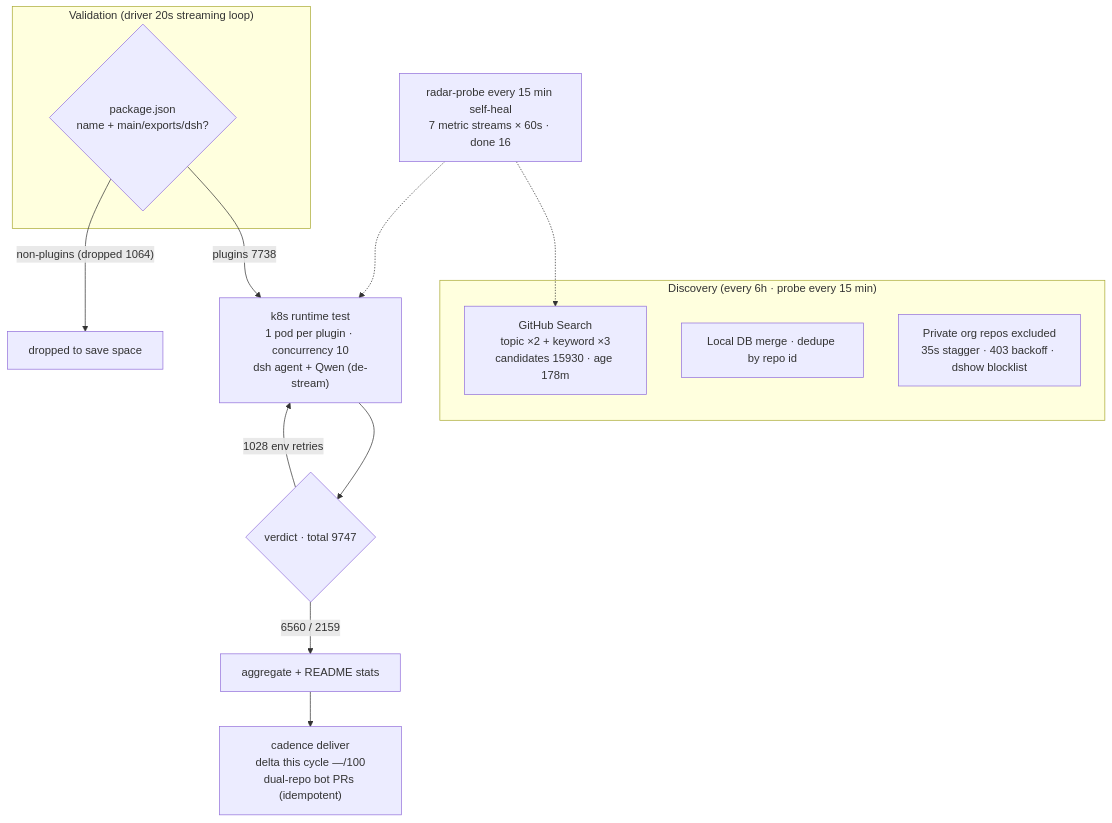
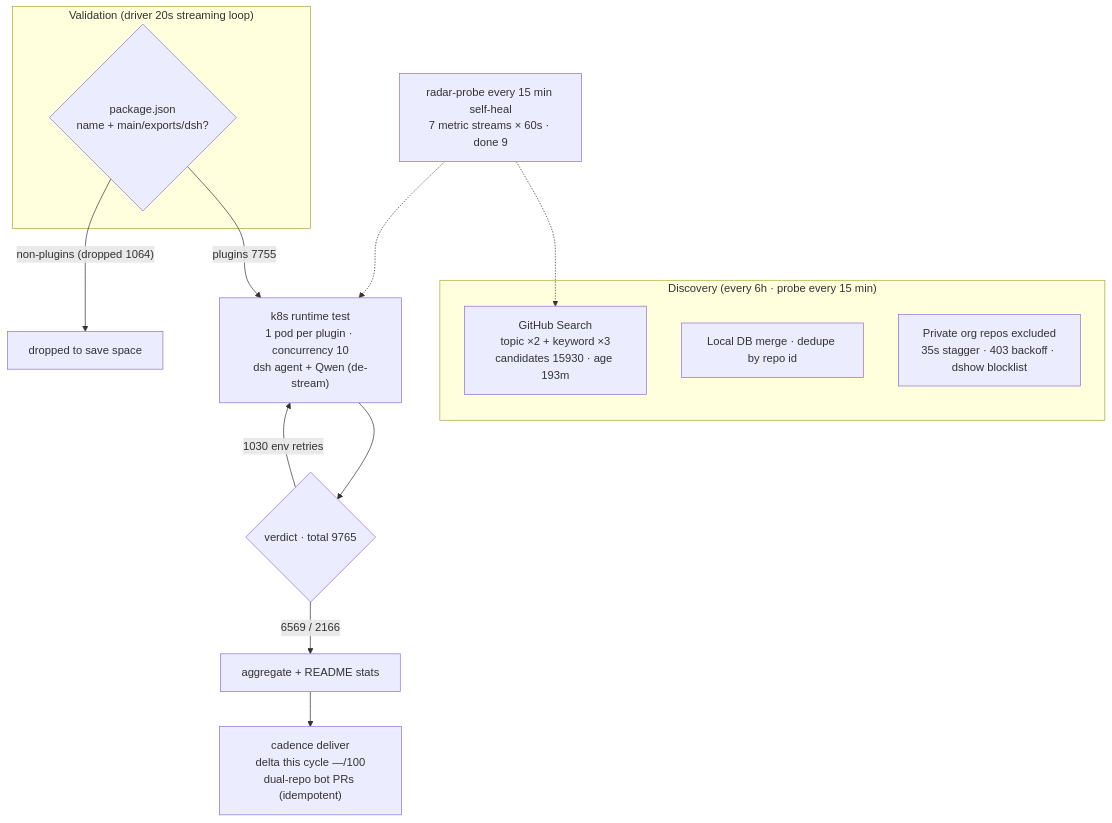
Before and after one commit to AdamPlatin123/awesome-dsh-plugins: the diagram in README.en-US.md, drawn with Mermaid. The commit also changed other lines of this file and 4 other files, not shown here.

````diff
--- a/README.en-US.md
+++ b/README.en-US.md
@@ -30,20 +30,20 @@
 ```mermaid
 flowchart TB
     subgraph Discovery["Discovery (every 6h · probe every 15 min)"]
-        A1["GitHub Search<br/>topic ×2 + keyword ×3<br/>candidates 15930 · age 178m"]
+        A1["GitHub Search<br/>topic ×2 + keyword ×3<br/>candidates 15930 · age 193m"]
         A2["Local DB merge · dedupe by repo id"]
         A3["Private org repos excluded<br/>35s stagger · 403 backoff · dshow blocklist"]
     end
     subgraph Validation["Validation (driver 20s streaming loop)"]
         B1{"package.json<br/>name + main/exports/dsh?"}
     end
-    B1 -->|"plugins 7738"| C1["k8s runtime test<br/>1 pod per plugin · concurrency 10<br/>dsh agent + Qwen (de-stream)"]
+    B1 -->|"plugins 7755"| C1["k8s runtime test<br/>1 pod per plugin · concurrency 10<br/>dsh agent + Qwen (de-stream)"]
     B1 -->|"non-plugins (dropped 1064)"| B3["dropped to save space"]
-    C1 --> D1{"verdict · total 9747"}
-    D1 -->|"6560 / 2159"| E1["aggregate + README stats"]
-    D1 -->|"1028 env retries"| C1
+    C1 --> D1{"verdict · total 9765"}
+    D1 -->|"6569 / 2166"| E1["aggregate + README stats"]
+    D1 -->|"1030 env retries"| C1
     E1 --> E2["cadence deliver<br/>delta this cycle —/100<br/>dual-repo bot PRs (idempotent)"]
-    M["radar-probe every 15 min self-heal<br/>7 metric streams × 60s · done 16"]
+    M["radar-probe every 15 min self-heal<br/>7 metric streams × 60s · done 9"]
     M -.-> A1
     M -.-> C1
 ```
````
